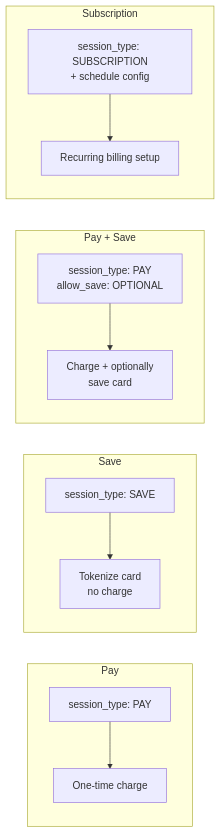
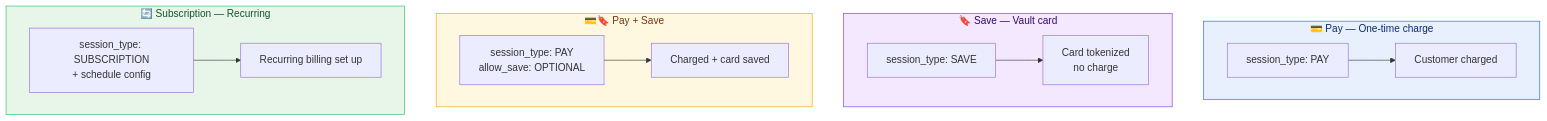
Before and after one commit to sabiqovsky/clm-components-guide: the diagram in content/10-payment-flows.md, drawn with Mermaid. The commit also changed 10 other files, not shown here.

First line of the commit message:
fix: overhaul all Mermaid diagrams for WCAG contrast and readability

````diff
--- a/content/10-payment-flows.md
+++ b/content/10-payment-flows.md
@@ -7,15 +7,24 @@
 ```mermaid
-graph LR
-    subgraph Pay
-        P1[session_type: PAY] --> P2[One-time charge]
+flowchart TD
+    subgraph PAY["💳 Pay — One-time charge"]
+        direction LR
+        P1["session_type: PAY"] --> P2["Customer charged"]
     end
-    subgraph Save
-        S1[session_type: SAVE] --> S2[Tokenize card\nno charge]
+    subgraph SAVE["🔖 Save — Vault card"]
+        direction LR
+        S1["session_type: SAVE"] --> S2["Card tokenized\nno charge"]
     end
-    subgraph PaySave["Pay + Save"]
-        PS1[session_type: PAY\nallow_save: OPTIONAL] --> PS2[Charge + optionally\nsave card]
+    subgraph PAYSAVE["💳🔖 Pay + Save"]
+        direction LR
+        PS1["session_type: PAY\nallow_save: OPTIONAL"] --> PS2["Charged + card saved"]
     end
-    subgraph Sub["Subscription"]
-        SB1[session_type: SUBSCRIPTION\n+ schedule config] --> SB2[Recurring billing setup]
+    subgraph SUB["🔄 Subscription — Recurring"]
+        direction LR
+        SB1["session_type: SUBSCRIPTION\n+ schedule config"] --> SB2["Recurring billing set up"]
     end
+
+    style PAY fill:#e8f0fe,stroke:#1762ee,color:#0d2a6b
+    style SAVE fill:#f3e8ff,stroke:#7c3aed,color:#3b0764
+    style PAYSAVE fill:#fff8e1,stroke:#f59e0b,color:#78350f
+    style SUB fill:#e8f5e9,stroke:#22c55e,color:#14532d
 ```
````
